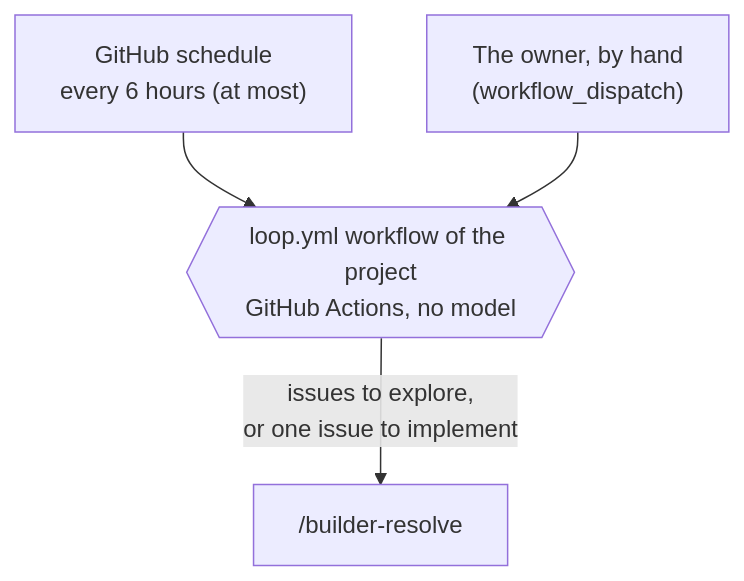
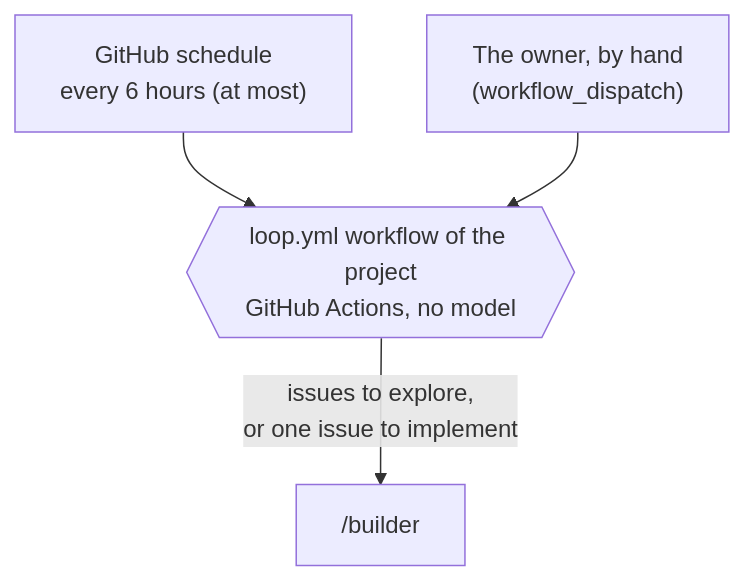
The diagram in knowledge/spec/L2-loop-architecture.md (shiyuann/aboveloop), drawn with Mermaid before and after one commit. The commit also changed other lines of this file and 81 other files, not shown here.

````diff
--- a/knowledge/spec/L2-loop-architecture.md
+++ b/knowledge/spec/L2-loop-architecture.md
@@ -26,7 +40,7 @@
 ```mermaid
 flowchart TB
   C["GitHub schedule<br/>every 6 hours (at most)"] --> L
   M["The owner, by hand<br/>(workflow_dispatch)"] --> L
   L{{"loop.yml workflow of the project<br/>GitHub Actions, no model"}}
-  L -->|issues to explore,<br/>or one issue to implement| R["/builder-resolve"]
+  L -->|issues to explore,<br/>or one issue to implement| R["/builder"]
 ```
````
